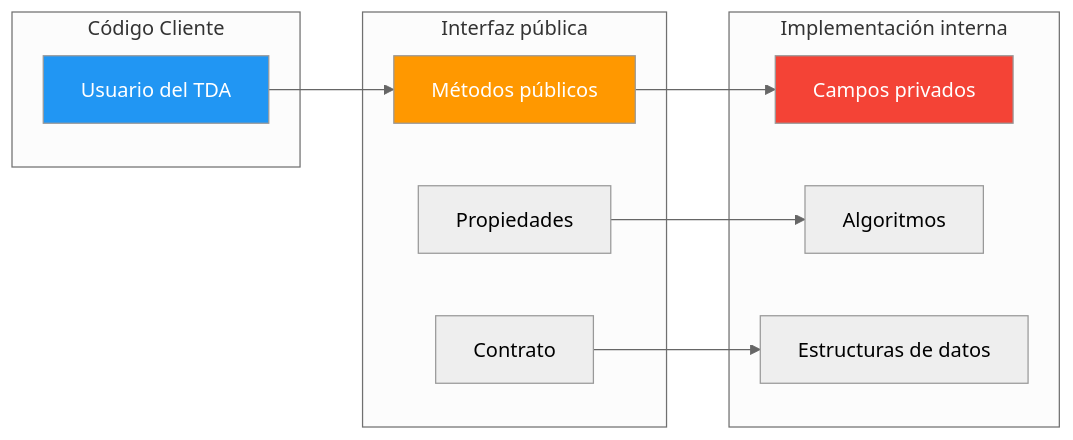
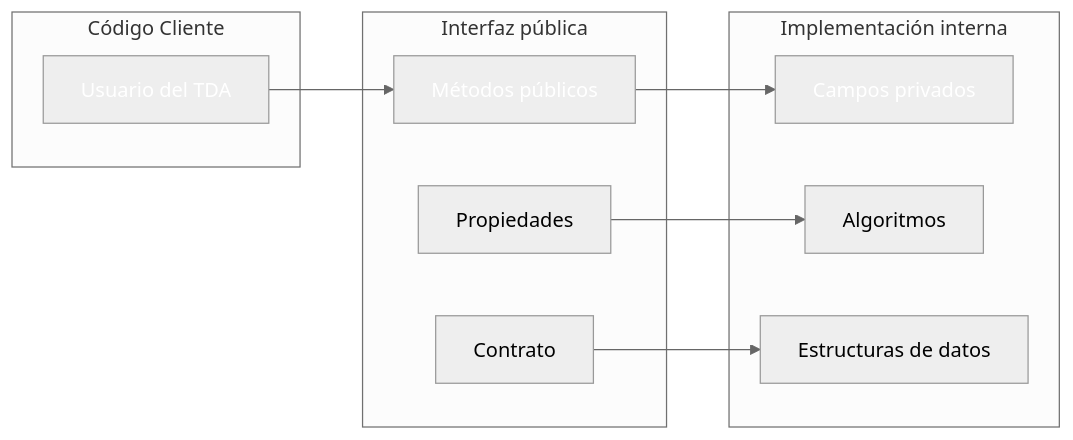
Before and after one commit to joseluisgs/DesarrolloWebEntornosServidor-01-2026-2027: the second of 5 diagrams in csharp_inicial/06-TDAColeccionesFuncional.md, drawn with Mermaid (neutral theme). The commit also changed other lines of this file and 66 other files, not shown here.

First line of the commit message:
fix: normalizar titulos al castellano de frase y corregir la paleta de mermaid

````diff
--- a/csharp_inicial/06-TDAColeccionesFuncional.md
+++ b/csharp_inicial/06-TDAColeccionesFuncional.md
@@ -90,27 +90,27 @@
 ```mermaid
 graph LR
     subgraph "Código Cliente"
         C1["Usuario del TDA"]
     end
     
     subgraph "Interfaz pública"
         I1["Métodos públicos"]
         I2["Propiedades"]
         I3["Contrato"]
     end
     
     subgraph "Implementación interna"
         E1["Campos privados"]
         E2["Algoritmos"]
         E3["Estructuras de datos"]
     end
     
     C1 --> I1
     I1 --> E1
     I2 --> E2
     I3 --> E3
     
-    style C1 fill:#2196F3,color:#fff
-    style I1 fill:#FF9800,color:#fff
-    style E1 fill:#f44336,color:#fff
+    style C1 fill:#2196F,color:#fff3,color:#fff
+    style I1 fill:#FF980,color:#fff0,color:#fff
+    style E1 fill:#f4433,color:#fff6,color:#fff
 ```
````
